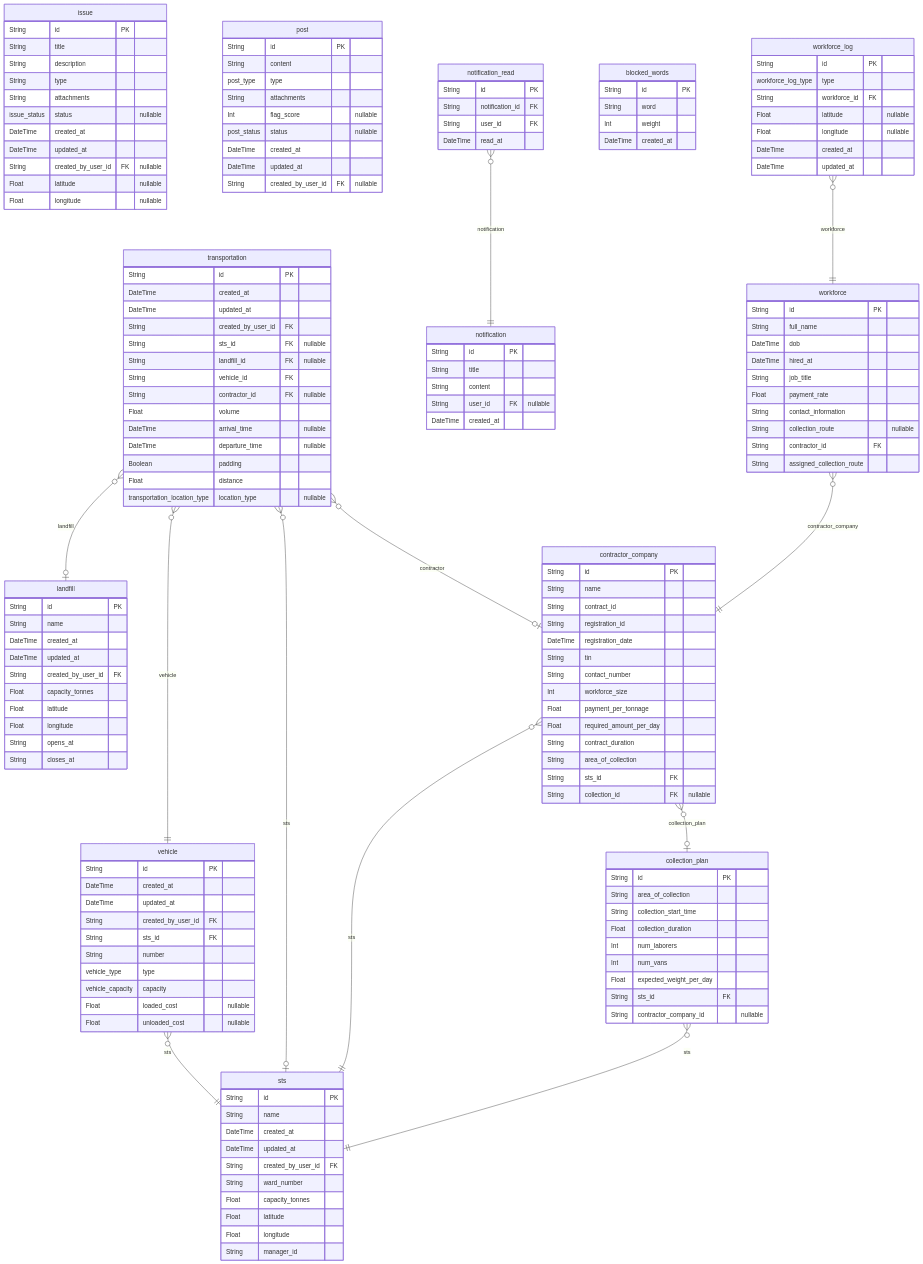
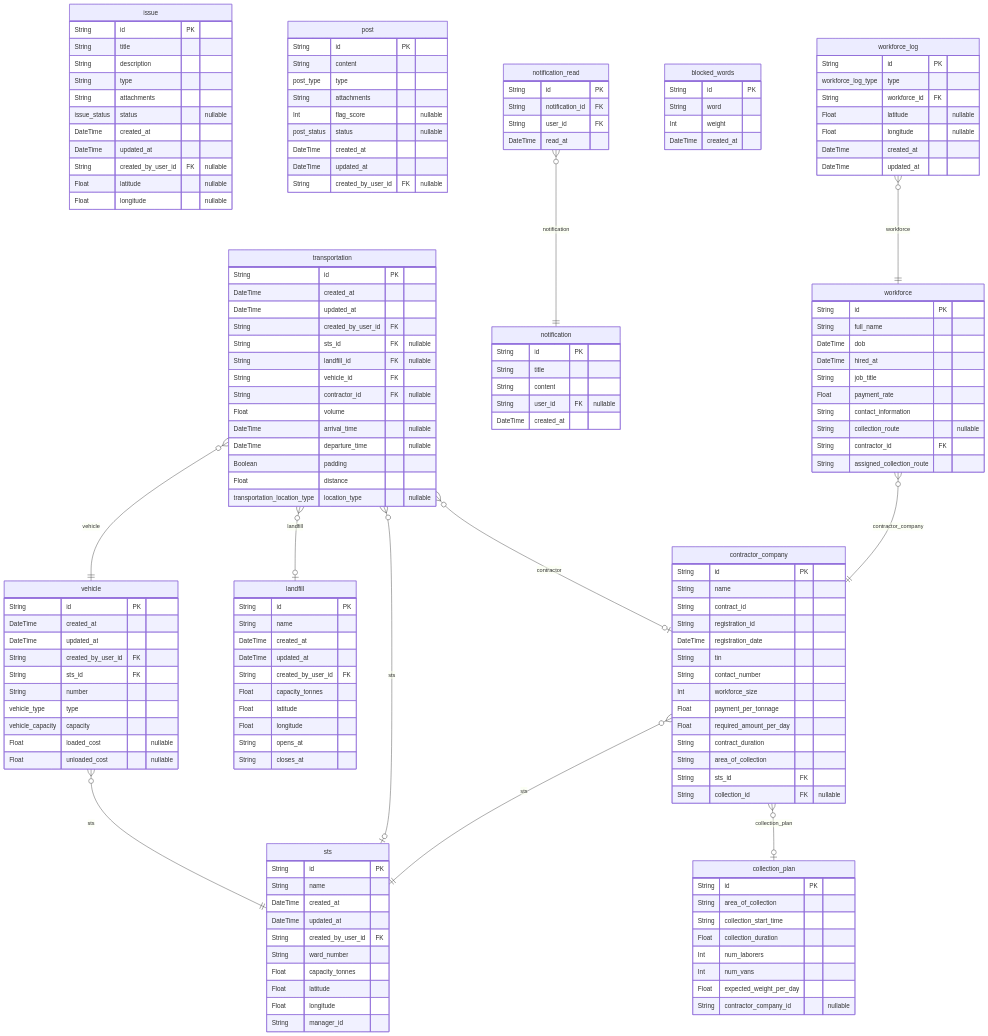
One commit to nurulhudaapon/codesamurai-final changed the third of 3 diagrams in packages/db/README.md. Above: the diagram before and after it, drawn with Mermaid. The commit also changed other lines of this file and 11 other files, not shown here.

Commit message:
fix: collection plan form

````diff
--- a/packages/db/README.md
+++ b/packages/db/README.md
@@ -255,7 +255,6 @@
   Int num_laborers
   Int num_vans
   Float expected_weight_per_day
-  String sts_id FK
   String contractor_company_id "nullable"
 }
 "vehicle" }o--|| "sts" : sts
@@ -268,5 +267,4 @@
 "contractor_company" }o--o| "collection_plan" : collection_plan
 "workforce_log" }o--|| "workforce" : workforce
 "workforce" }o--|| "contractor_company" : contractor_company
-"collection_plan" }o--|| "sts" : sts
 ```
````
